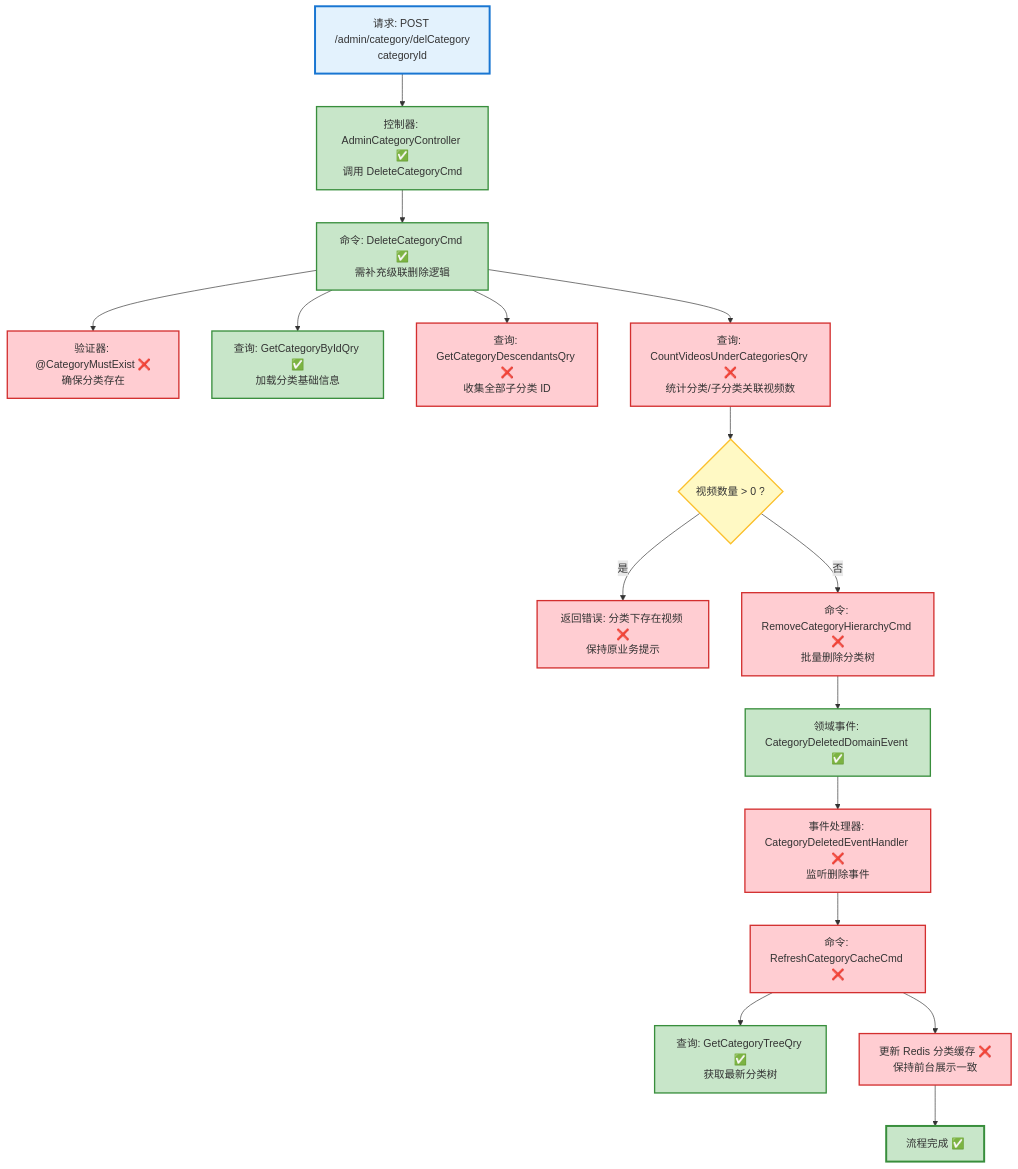
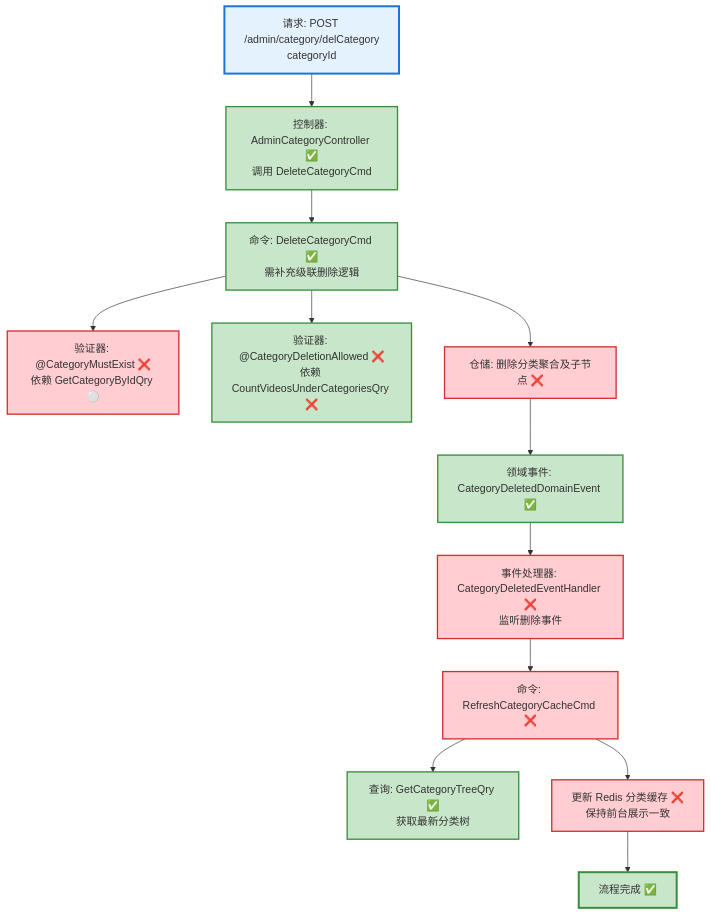
One commit to LDmoxeii/only-danmuku changed the diagram in design/requirements/category_delete_flow.md. Above: the diagram before and after it, drawn with Mermaid. The commit also changed other lines of this file and 16 other files, not shown here.

````diff
--- a/design/requirements/category_delete_flow.md
+++ b/design/requirements/category_delete_flow.md
@@ -70,38 +68,29 @@
 ```mermaid
 graph TD
     A["请求: POST /admin/category/delCategory<br/>categoryId"] --> B["控制器: AdminCategoryController ✅<br/>调用 DeleteCategoryCmd"]
     B --> C["命令: DeleteCategoryCmd ✅<br/>需补充级联删除逻辑"]
 
-    C --> C1["验证器: @CategoryMustExist ❌<br/>确保分类存在"]
-    C --> C2["查询: GetCategoryByIdQry ✅<br/>加载分类基础信息"]
-    C --> C3["查询: GetCategoryDescendantsQry ❌<br/>收集全部子分类 ID"]
-    C --> C4["查询: CountVideosUnderCategoriesQry ❌<br/>统计分类/子分类关联视频数"]
-
-    C4 --> D{视频数量 > 0 ?}
-    D -->|是| E["返回错误: 分类下存在视频 ❌<br/>保持原业务提示"]
-    D -->|否| C5["命令: RemoveCategoryHierarchyCmd ❌<br/>批量删除分类树"]
-    C5 --> G["领域事件: CategoryDeletedDomainEvent ✅"]
+    C --> C1["验证器: @CategoryMustExist ❌<br/>依赖 GetCategoryByIdQry ⚪"]
+    C --> C2["验证器: @CategoryDeletionAllowed ❌<br/>依赖 CountVideosUnderCategoriesQry ❌"]
+    C --> C3["仓储: 删除分类聚合及子节点 ❌"]
+    C3 --> G["领域事件: CategoryDeletedDomainEvent ✅"]
     G --> H["事件处理器: CategoryDeletedEventHandler ❌<br/>监听删除事件"]
     H --> I["命令: RefreshCategoryCacheCmd ❌"]
     I --> I1["查询: GetCategoryTreeQry ✅<br/>获取最新分类树"]
     I --> I2["更新 Redis 分类缓存 ❌<br/>保持前台展示一致"]
     I2 --> J["流程完成 ✅"]
 
     style A fill:#E3F2FD,stroke:#1976D2,stroke-width:3px
     style B fill:#C8E6C9,stroke:#388E3C,stroke-width:2px
     style C fill:#C8E6C9,stroke:#388E3C,stroke-width:2px
     style C2 fill:#C8E6C9,stroke:#388E3C,stroke-width:2px
     style G fill:#C8E6C9,stroke:#388E3C,stroke-width:2px
     style I1 fill:#C8E6C9,stroke:#388E3C,stroke-width:2px
     style J fill:#C8E6C9,stroke:#388E3C,stroke-width:3px
 
     style C1 fill:#FFCDD2,stroke:#D32F2F,stroke-width:2px
     style C3 fill:#FFCDD2,stroke:#D32F2F,stroke-width:2px
-    style C4 fill:#FFCDD2,stroke:#D32F2F,stroke-width:2px
-    style C5 fill:#FFCDD2,stroke:#D32F2F,stroke-width:2px
-    style D fill:#FFF9C4,stroke:#FBC02D,stroke-width:2px
-    style E fill:#FFCDD2,stroke:#D32F2F,stroke-width:2px
     style H fill:#FFCDD2,stroke:#D32F2F,stroke-width:2px
     style I fill:#FFCDD2,stroke:#D32F2F,stroke-width:2px
     style I2 fill:#FFCDD2,stroke:#D32F2F,stroke-width:2px
 ```
````
